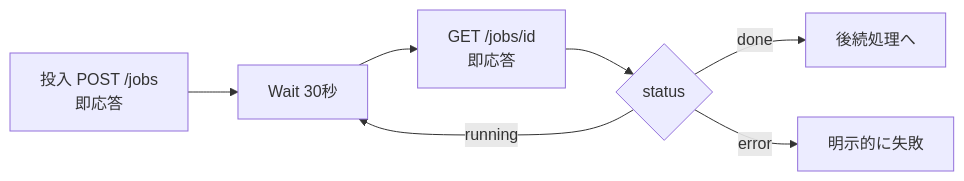
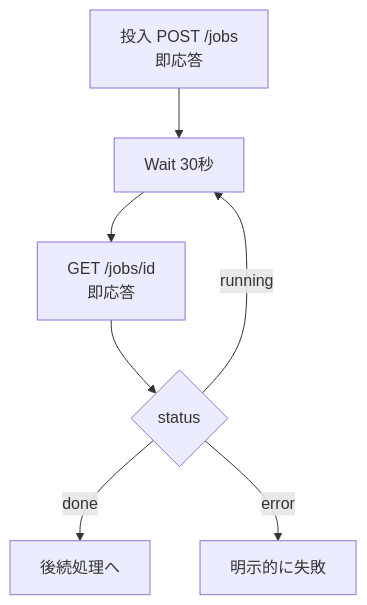
The second of 3 diagrams in articles/027-meeting-voice-to-todo-n8n-whisper.md (shinichitazawa/zenn-articles), drawn with Mermaid before and after one commit. The commit also changed other lines of this file and 4 other files, not shown here.

Commit message:
docs: mermaid 図を縦型に再構成して縮小時も判読可能に(007/008/010/026/027)、008 は全体図PNGを本文に表示

````diff
--- a/articles/027-meeting-voice-to-todo-n8n-whisper.md
+++ b/articles/027-meeting-voice-to-todo-n8n-whisper.md
@@ -168,9 +160,9 @@
 ```mermaid
-flowchart LR
+flowchart TB
   S[投入 POST /jobs<br/>即応答] --> W[Wait 30秒]
   W --> P[GET /jobs/id<br/>即応答]
   P --> C{status}
   C -->|done| N[後続処理へ]
   C -->|running| W
   C -->|error| E[明示的に失敗]
 ```
````
